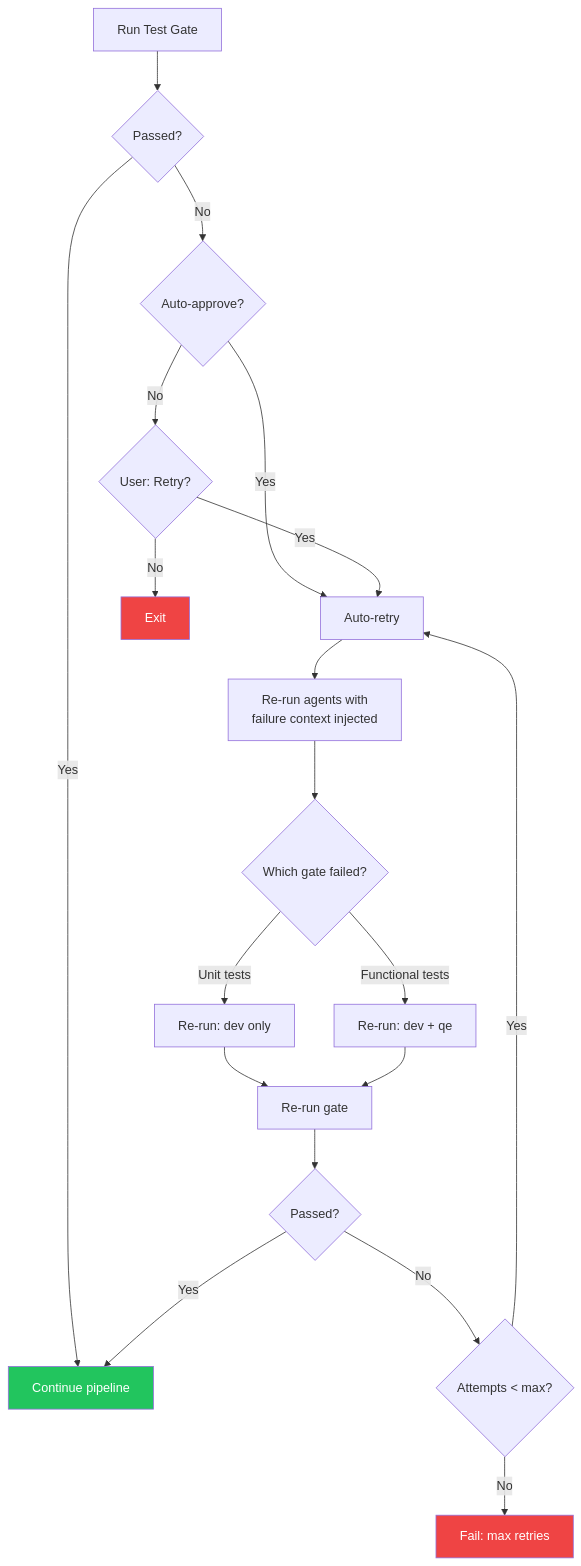
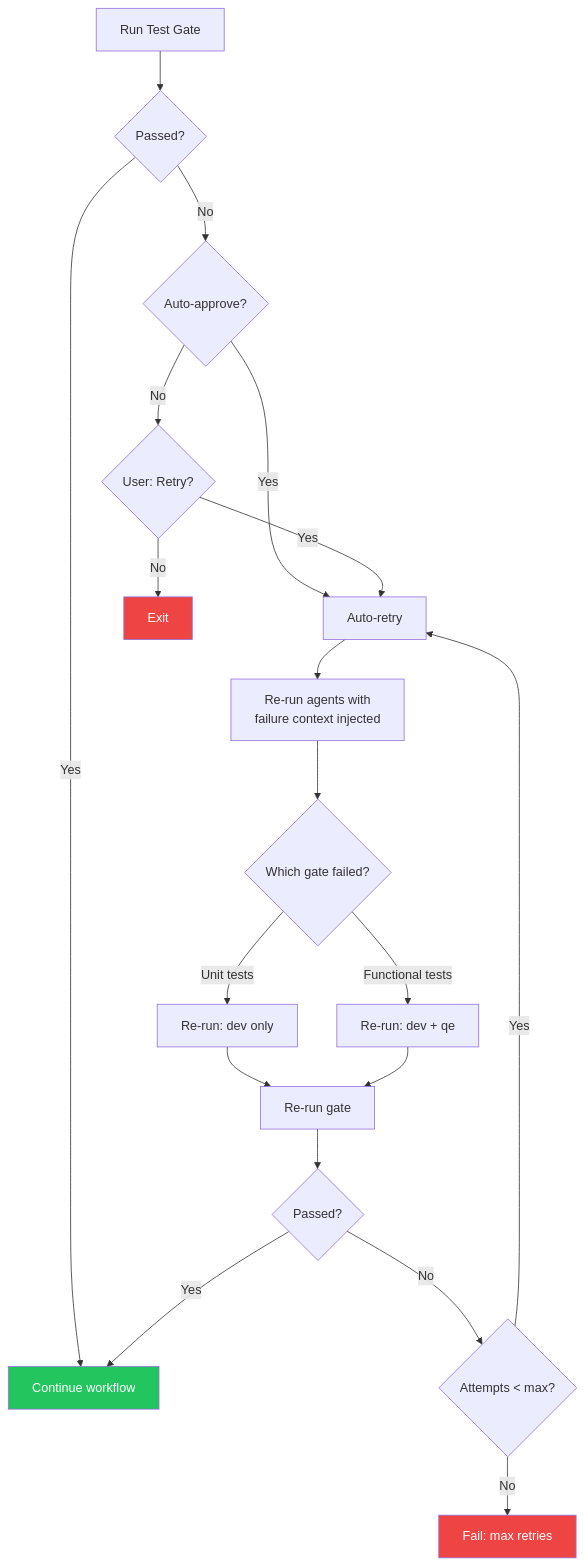
The fourth of 9 diagrams in docs/workflows.md (andrewevans0102/reygent), drawn with Mermaid before and after one commit. The commit also changed other lines of this file and 5 other files, not shown here.

First line of the commit message:
docs: rename "pipeline" to "reygent workflow" in all user-facing docs (DT-268)

````diff
--- a/docs/workflows.md
+++ b/docs/workflows.md
@@ -102,29 +102,29 @@
 ```mermaid
 flowchart TD
     A[Run Test Gate] --> B{Passed?}
-    B -->|Yes| C[Continue pipeline]
+    B -->|Yes| C[Continue workflow]
     B -->|No| D{Auto-approve?}
 
     D -->|Yes| F[Auto-retry]
     D -->|No| E{User: Retry?}
     E -->|No| G[Exit]
     E -->|Yes| F
 
     F --> H[Re-run agents with\nfailure context injected]
     H --> I{Which gate failed?}
     I -->|Unit tests| J[Re-run: dev only]
     I -->|Functional tests| K[Re-run: dev + qe]
 
     J --> L[Re-run gate]
     K --> L
 
     L --> M{Passed?}
     M -->|Yes| C
     M -->|No| N{Attempts < max?}
     N -->|Yes| F
     N -->|No| O[Fail: max retries]
 
     style C fill:#22c55e,color:#fff
     style G fill:#ef4444,color:#fff
     style O fill:#ef4444,color:#fff
 ```
````
